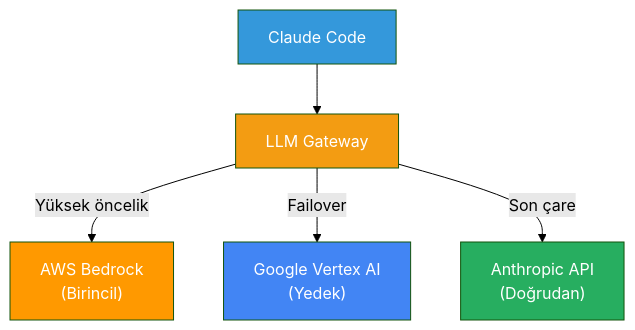
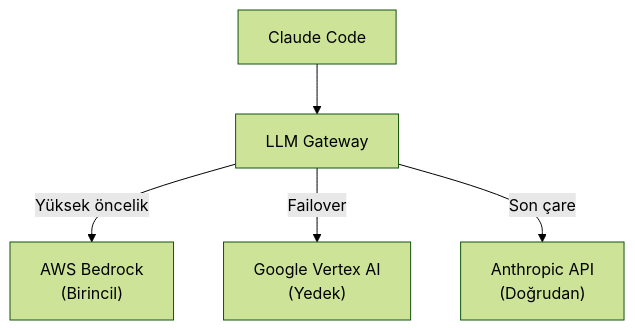
The fourth of 6 diagrams in 18-kurumsal-kullanim/05-llm-gateway.md (IzzetYasinAtes/ClaudeCodeHandbook), drawn with Mermaid (forest theme) before and after one commit. The commit also changed other lines of this file and 97 other files, not shown here.

Commit message:
Remove all custom Mermaid style/fill colors from 98 markdown files for consistent dark theme rendering

````diff
--- a/18-kurumsal-kullanim/05-llm-gateway.md
+++ b/18-kurumsal-kullanim/05-llm-gateway.md
@@ -171,14 +160,9 @@
 ```mermaid
 flowchart TD
     CC["Claude Code"] --> GW["LLM Gateway"]
 
     GW --> |"Yüksek öncelik"| BEDROCK["AWS Bedrock<br/>(Birincil)"]
     GW --> |"Failover"| VERTEX["Google Vertex AI<br/>(Yedek)"]
     GW --> |"Son çare"| DIRECT["Anthropic API<br/>(Doğrudan)"]
 
-    style CC fill:#3498DB,color:#fff
-    style GW fill:#F39C12,color:#fff
-    style BEDROCK fill:#FF9900,color:#fff
-    style VERTEX fill:#4285F4,color:#fff
-    style DIRECT fill:#27AE60,color:#fff
 ```
````
